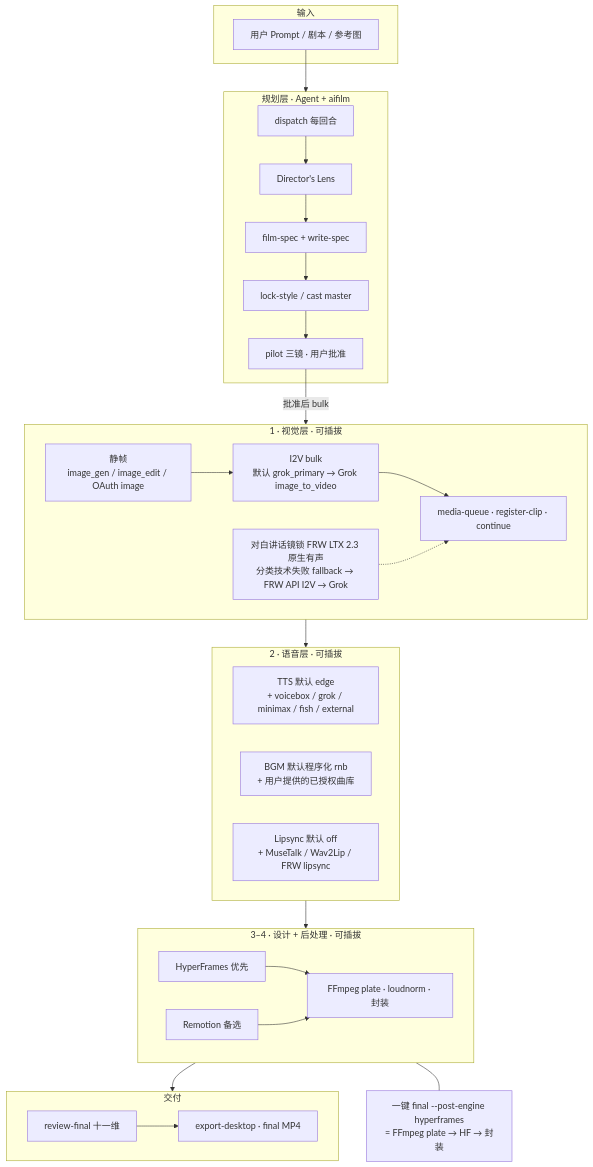
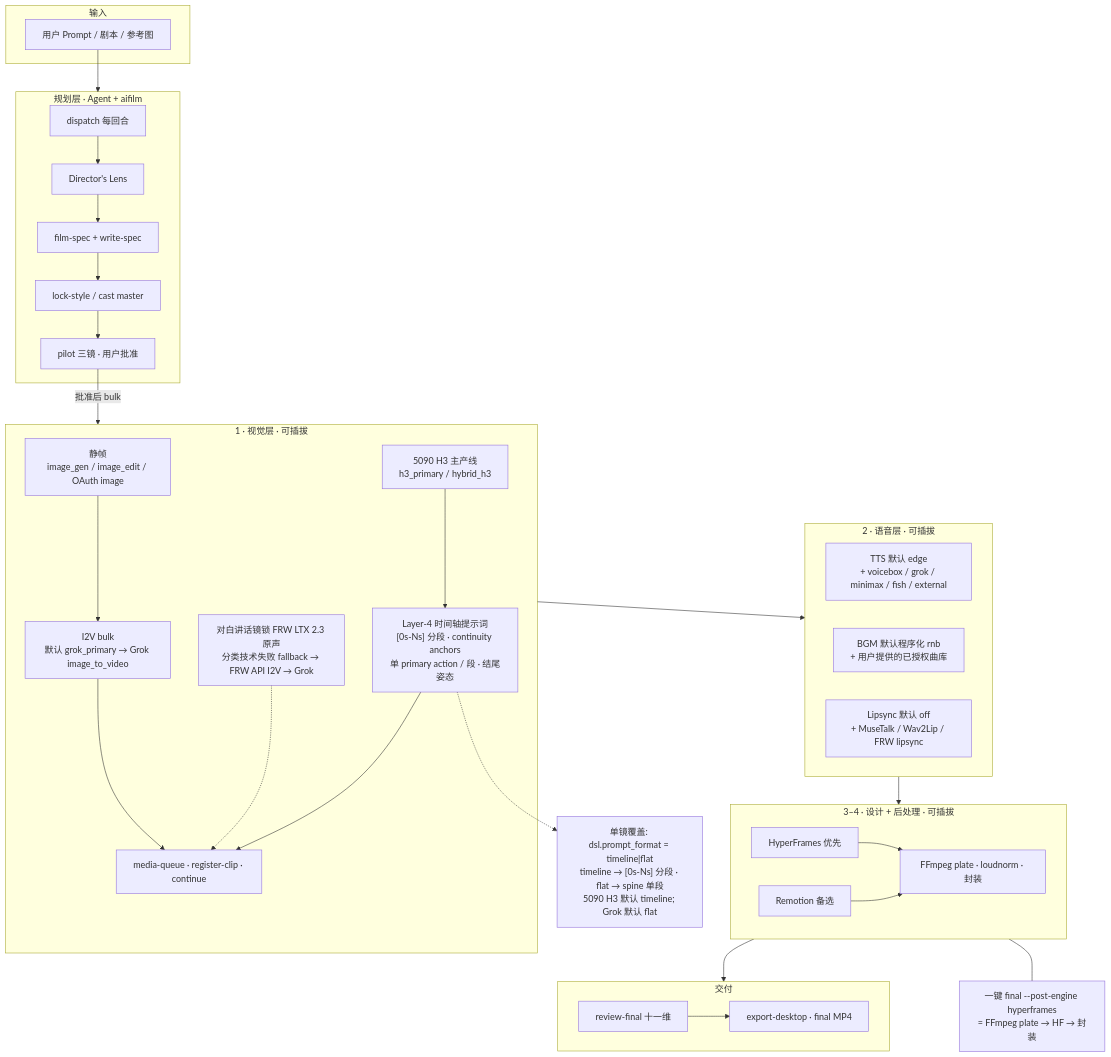
The diagram in README.md (sooneocean/ai-film-grok), drawn with Mermaid before and after one commit. The commit also changed other lines of this file, not shown here.

First line of the commit message:
docs(readme): update Mermaid architecture diagram with H3 Layer-4 path

````diff
--- a/README.md
+++ b/README.md
@@ -200,53 +201,59 @@
 ```mermaid
 flowchart TB
   subgraph IN["输入"]
     P["用户 Prompt / 剧本 / 参考图"]
   end
 
   subgraph AGENT["规划层 · Agent + aifilm"]
     D["dispatch 每回合"]
     L["Director's Lens"]
     S["film-spec + write-spec"]
     STY["lock-style / cast master"]
     PI["pilot 三镜 · 用户批准"]
     D --> L --> S --> STY --> PI
   end
 
   subgraph VIS["1 · 视觉层 · 可插拔"]
     STILL["静帧<br/>image_gen / image_edit / OAuth image"]
     I2V["I2V bulk<br/>默认 grok_primary → Grok image_to_video"]
-    FRW["对白讲话镜锁 FRW LTX 2.3 原生有声<br/>分类技术失败 fallback → FRW API I2V → Grok"]
+    FRW["对白讲话镜锁 FRW LTX 2.3 原声<br/>分类技术失败 fallback → FRW API I2V → Grok"]
+    H3["5090 H3 主产线<br/>h3_primary / hybrid_h3"]
+    H3L4["Layer-4 时间轴提示词<br/>[0s-Ns] 分段 · continuity anchors<br/>单 primary action / 段 · 结尾姿态"]
     Q["media-queue · register-clip · continue"]
     STILL --> I2V --> Q
     FRW -.-> Q
+    H3 --> H3L4 --> Q
   end
 
   subgraph VOI["2 · 语音层 · 可插拔"]
     TTS["TTS 默认 edge<br/>+ voicebox / grok / minimax / fish / external"]
     BGM["BGM 默认程序化 rnb<br/>+ 用户提供的已授权曲库"]
     LIP["Lipsync 默认 off<br/>+ MuseTalk / Wav2Lip / FRW lipsync"]
   end
 
   subgraph POST["3–4 · 设计 + 后处理 · 可插拔"]
     HF["HyperFrames 优先"]
     REM["Remotion 备选"]
     FF["FFmpeg plate · loudnorm · 封装"]
     HF --> FF
     REM --> FF
   end
 
   subgraph OUT["交付"]
     RV["review-final 十一维"]
     EX["export-desktop · final MP4"]
     RV --> EX
   end
 
   P --> AGENT
   PI -->|批准后 bulk| VIS
   VIS --> VOI
   VOI --> POST
   POST --> OUT
 
   note1["一键 final --post-engine hyperframes<br/>= FFmpeg plate → HF → 封装"]
   POST --- note1
+
+  note2["单镜覆盖: dsl.prompt_format = timeline|flat<br/>timeline → [0s-Ns] 分段 · flat → spine 单段<br/>5090 H3 默认 timeline; Grok 默认 flat"]
+  H3L4 -.-> note2
 ```
````
